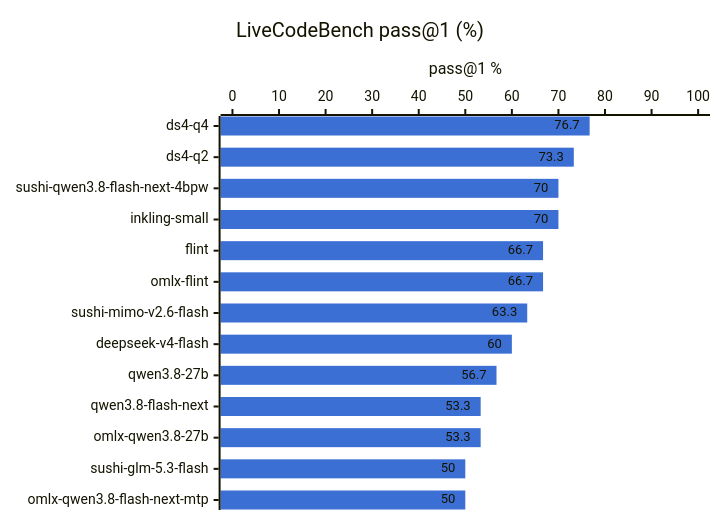
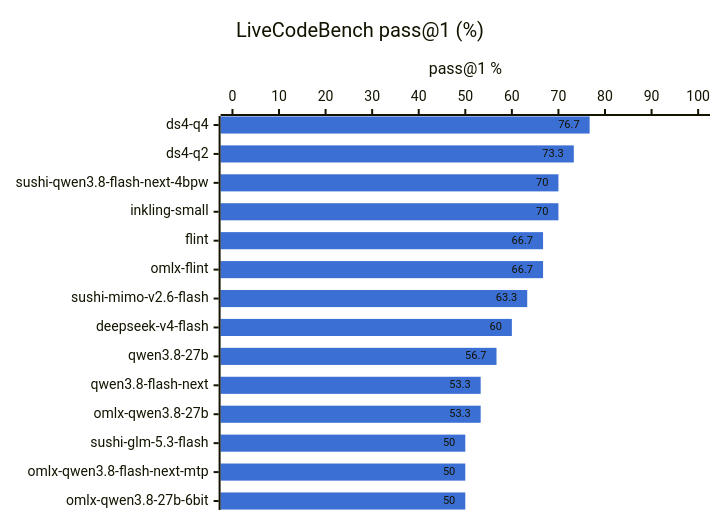
The first of 2 diagrams in RESULTS-mac.md (hofftodd/ai-bench), drawn with Mermaid before and after one commit. The commit also changed other lines of this file and 7 other files, not shown here.

First line of the commit message:
Results: terminal-x3 on the Mac (ds4-q4 100%, flint on oMLX 96.3%); qwen3.8-27b at 6 bits; Ripple-65B queued

````diff
--- a/RESULTS-mac.md
+++ b/RESULTS-mac.md
@@ -13,8 +13,8 @@
 ```mermaid
 %%{init: {"xyChart": {"showDataLabel": true}, "themeVariables": {"xyChart": {"plotColorPalette": "#3b6fd4"}}}}%%
 xychart-beta horizontal
     title "LiveCodeBench pass@1 (%)"
-    x-axis ["ds4-q4", "ds4-q2", "sushi-qwen3.8-flash-next-4bpw", "inkling-small", "flint", "omlx-flint", "sushi-mimo-v2.6-flash", "deepseek-v4-flash", "qwen3.8-27b", "qwen3.8-flash-next", "omlx-qwen3.8-27b", "sushi-glm-5.3-flash", "omlx-qwen3.8-flash-next-mtp"]
+    x-axis ["ds4-q4", "ds4-q2", "sushi-qwen3.8-flash-next-4bpw", "inkling-small", "flint", "omlx-flint", "sushi-mimo-v2.6-flash", "deepseek-v4-flash", "qwen3.8-27b", "qwen3.8-flash-next", "omlx-qwen3.8-27b", "sushi-glm-5.3-flash", "omlx-qwen3.8-flash-next-mtp", "omlx-qwen3.8-27b-6bit"]
     y-axis "pass@1 %" 0 --> 100
-    bar [76.7, 73.3, 70.0, 70.0, 66.7, 66.7, 63.3, 60.0, 56.7, 53.3, 53.3, 50.0, 50.0]
+    bar [76.7, 73.3, 70.0, 70.0, 66.7, 66.7, 63.3, 60.0, 56.7, 53.3, 53.3, 50.0, 50.0, 50.0]
 ```
````
